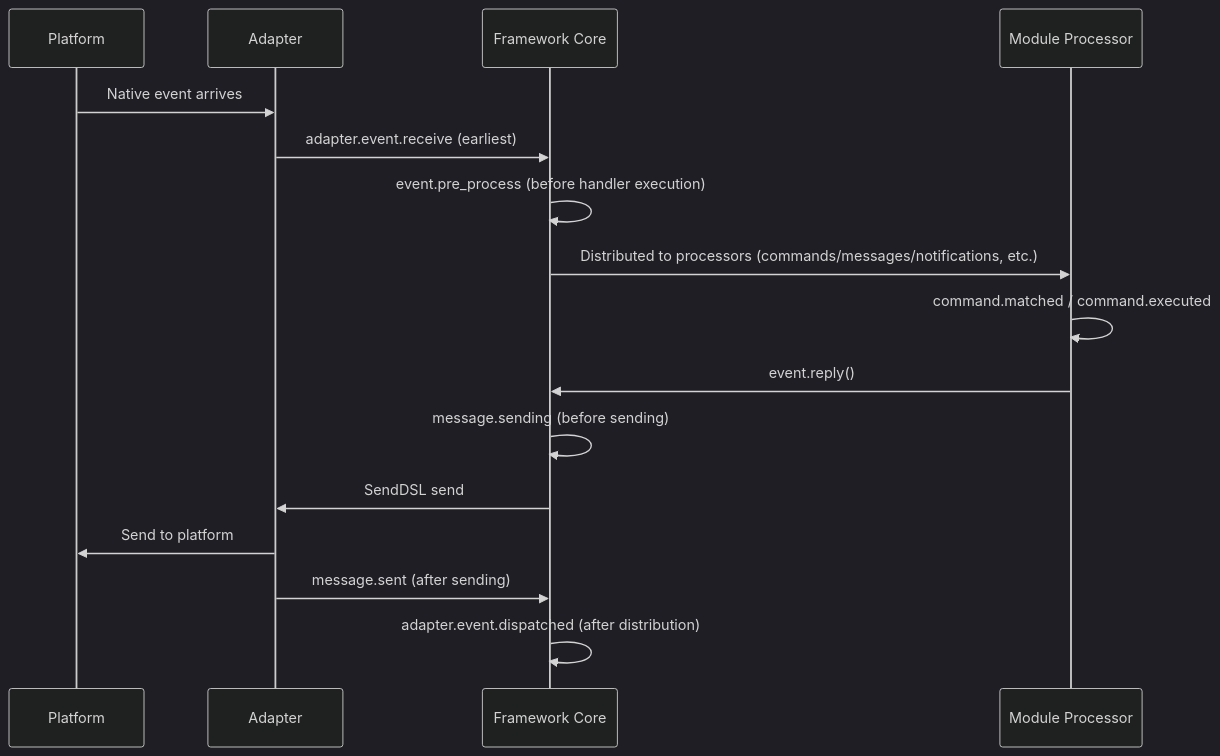
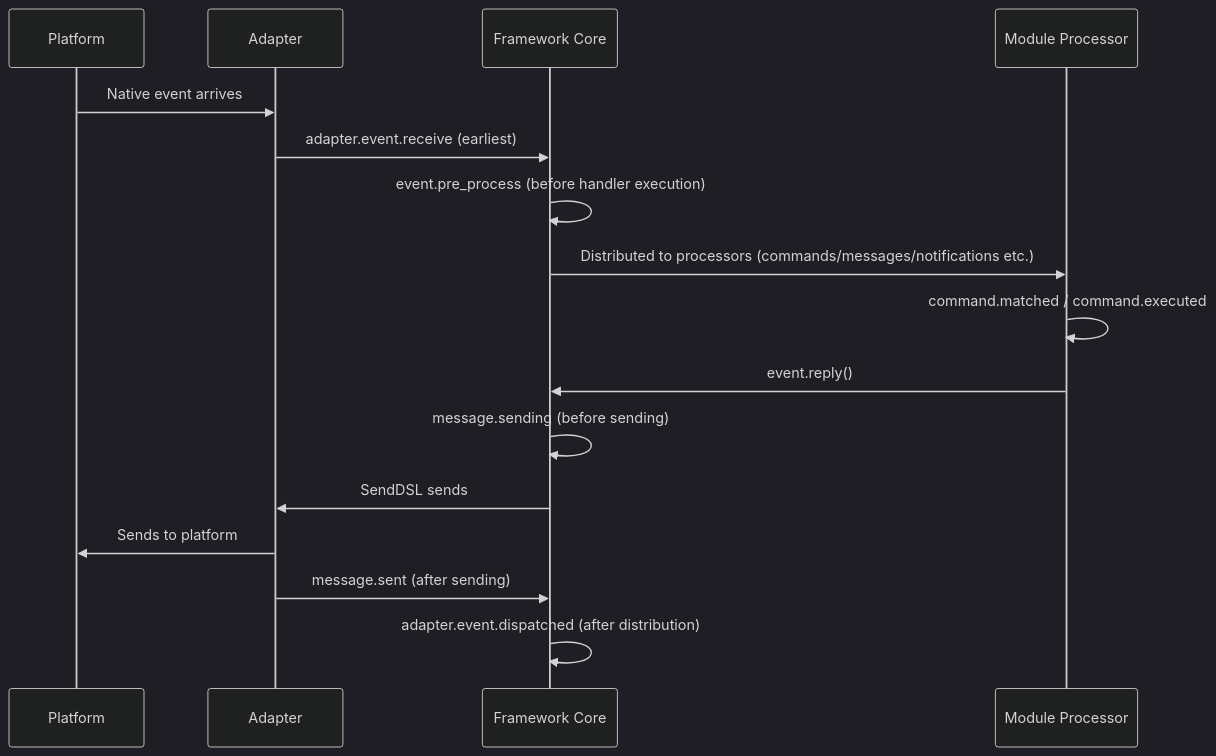
One commit to ErisPulse/ErisPulse changed the diagram in docs/en/advanced/lifecycle.md. Above: the diagram before and after it, drawn with Mermaid (dark theme). The commit also changed other lines of this file and 23 other files, not shown here.

````diff
--- a/docs/en/advanced/lifecycle.md
+++ b/docs/en/advanced/lifecycle.md
@@ -117,19 +118,19 @@
 ```mermaid
 sequenceDiagram
     participant P as Platform
     participant A as Adapter
     participant F as Framework Core
     participant M as Module Processor
 
     P->>A: Native event arrives
     A->>F: adapter.event.receive (earliest)
     F->>F: event.pre_process (before handler execution)
-    F->>M: Distributed to processors (commands/messages/notifications, etc.)
+    F->>M: Distributed to processors (commands/messages/notifications etc.)
     M->>M: command.matched / command.executed
     M->>F: event.reply()
     F->>F: message.sending (before sending)
-    F->>A: SendDSL send
-    A->>P: Send to platform
+    F->>A: SendDSL sends
+    A->>P: Sends to platform
     A->>F: message.sent (after sending)
     F->>F: adapter.event.dispatched (after distribution)
 ```
````
